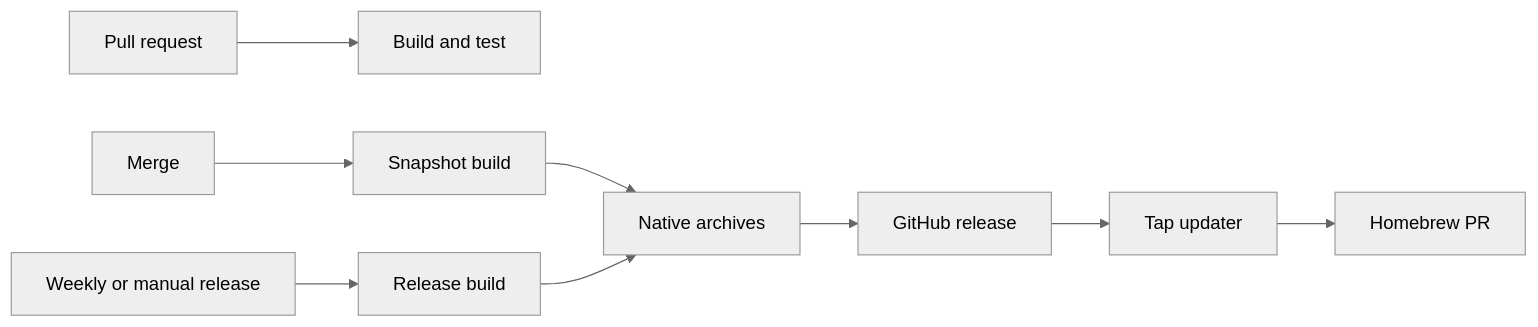
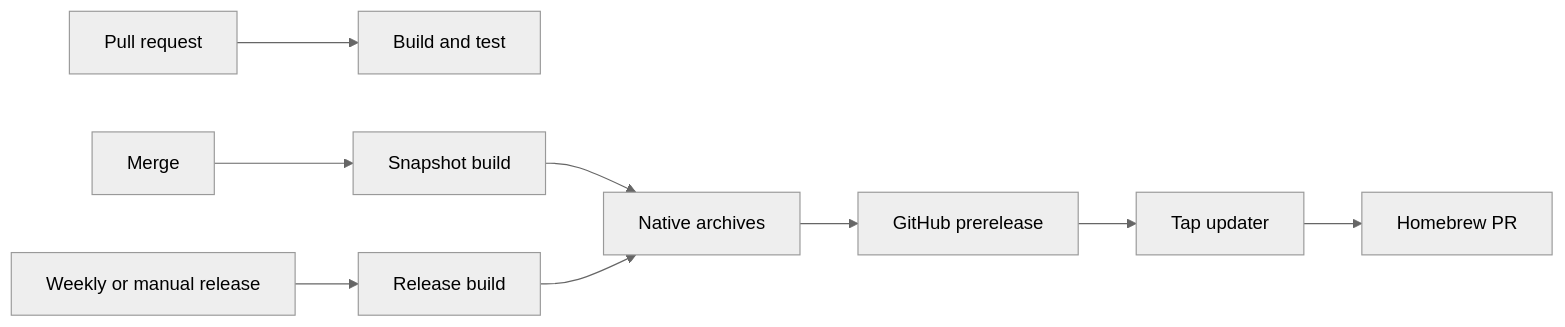
Before and after one commit to YunaBraska/YunaBraska: the diagram in DOTNET_CI_CD.md, drawn with Mermaid (neutral theme). The commit also changed other lines of this file and 12 other files, not shown here.

````diff
--- a/DOTNET_CI_CD.md
+++ b/DOTNET_CI_CD.md
@@ -3,11 +3,11 @@
 ```mermaid
 flowchart LR
   PR[Pull request] --> B[Build and test]
   M[Merge] --> S[Snapshot build]
   S --> N[Native archives]
+  N --> G[GitHub prerelease]
   W[Weekly or manual release] --> R[Release build]
   R --> N
-  N --> G[GitHub release]
   G --> H[Tap updater]
   H --> P[Homebrew PR]
 ```
````
